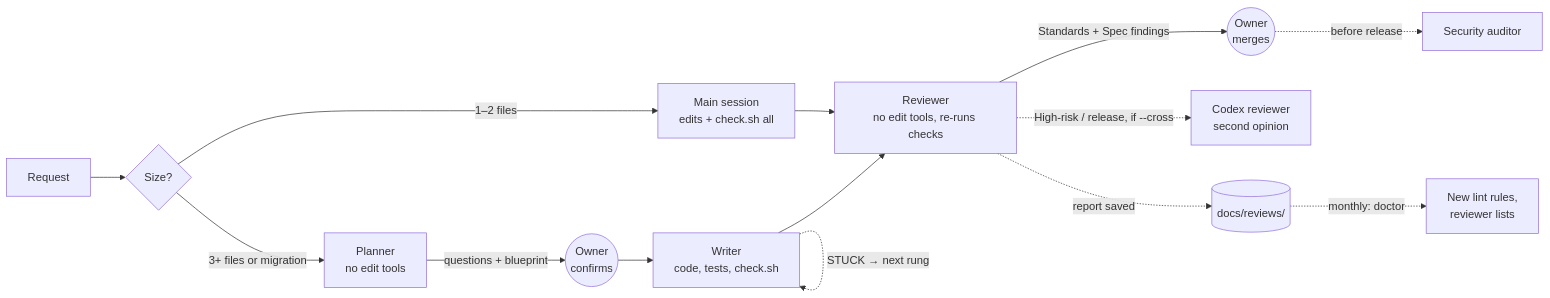
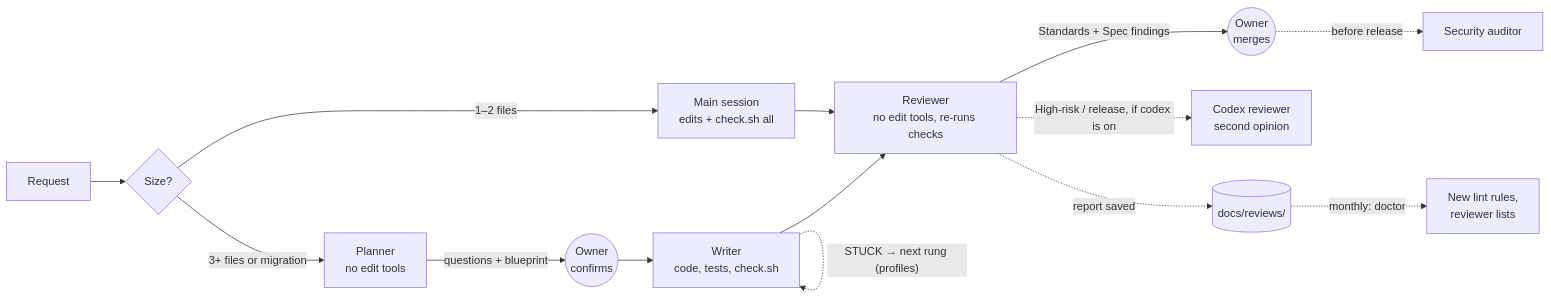
The first of 3 diagrams in README.md (sam-pop/claude-code-workflow-kit), drawn with Mermaid before and after one commit. The commit also changed other lines of this file and 32 other files, not shown here.

````diff
--- a/README.md
+++ b/README.md
@@ -106,16 +141,16 @@
 ```mermaid
 flowchart LR
     R[Request] --> S{Size?}
     S -- "1–2 files" --> M[Main session<br/>edits + check.sh all]
     S -- "3+ files or migration" --> P[Planner<br/>no edit tools]
     P -- "questions + blueprint" --> O((Owner<br/>confirms))
     O --> W[Writer<br/>code, tests, check.sh]
     M --> V[Reviewer<br/>no edit tools, re-runs checks]
     W --> V
     V -- "Standards + Spec findings" --> H((Owner<br/>merges))
     H -. "before release" .-> A[Security auditor]
-    V -. "High-risk / release, if --cross" .-> X[Codex reviewer<br/>second opinion]
-    W -. "STUCK → next rung" .-> W
+    V -. "High-risk / release, if codex is on" .-> X[Codex reviewer<br/>second opinion]
+    W -. "STUCK → next rung (profiles)" .-> W
     V -. "report saved" .-> L[(docs/reviews/)]
     L -. "monthly: doctor" .-> K[New lint rules,<br/>reviewer lists]
 ```
````
